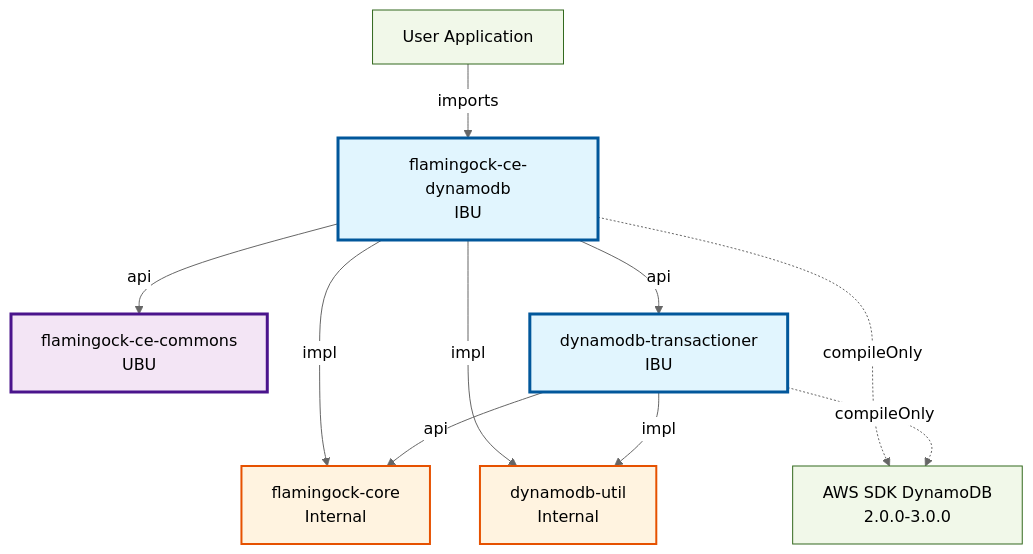
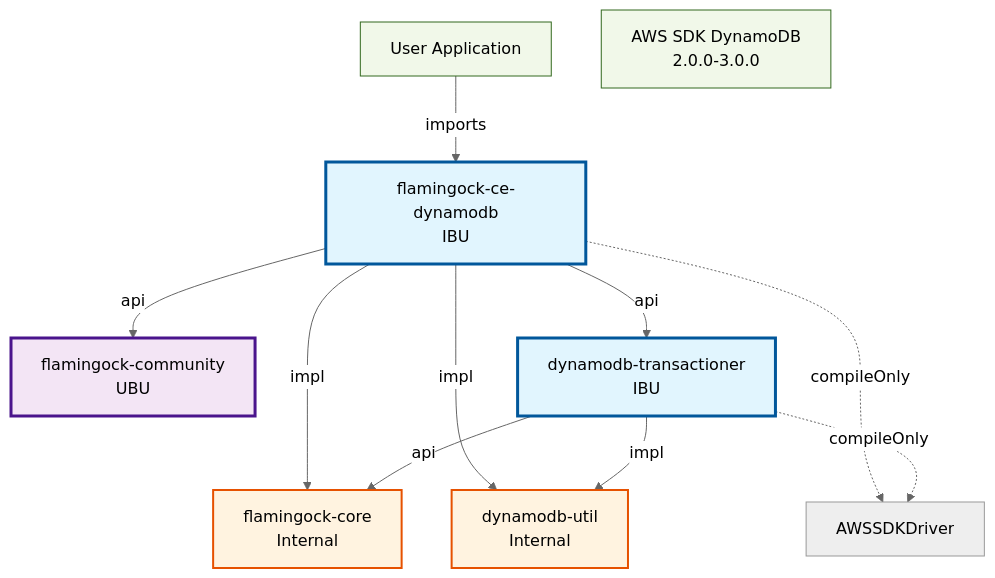
The fifth of 6 diagrams in docs/ARCHITECTURE_OVERVIEW.md (flamingock/flamingock-java), drawn with Mermaid (neutral theme) before and after one commit. The commit also changed other lines of this file and 71 other files, not shown here.

````diff
--- a/docs/ARCHITECTURE_OVERVIEW.md
+++ b/docs/ARCHITECTURE_OVERVIEW.md
@@ -355,26 +355,26 @@
 ```mermaid
 graph TB
     classDef ibu fill:#e1f5fe,stroke:#01579b,stroke-width:3px
     classDef ubu fill:#f3e5f5,stroke:#4a148c,stroke-width:3px
     classDef internal fill:#fff3e0,stroke:#e65100,stroke-width:2px
     classDef external fill:#f1f8e9,stroke:#33691e,stroke-width:1px
 
     User[User Application]:::external
     User -->|imports| flamingock-ce-dynamodb
     
     flamingock-ce-dynamodb[flamingock-ce-dynamodb<br/>IBU]:::ibu
-    flamingock-ce-commons[flamingock-ce-commons<br/>UBU]:::ubu
+    flamingock-community[flamingock-community<br/>UBU]:::ubu
     dynamodb-transactioner[dynamodb-transactioner<br/>IBU]:::ibu
     flamingock-core[flamingock-core<br/>Internal]:::internal
     dynamodb-util[dynamodb-util<br/>Internal]:::internal
-    AWSSDKDriver[AWS SDK DynamoDB<br/>2.0.0-3.0.0]:::external
+    AWSSDKAuditStore[AWS SDK DynamoDB<br/>2.0.0-3.0.0]:::external
     
-    flamingock-ce-dynamodb -->|api| flamingock-ce-commons
+    flamingock-ce-dynamodb -->|api| flamingock-community
     flamingock-ce-dynamodb -->|api| dynamodb-transactioner
     flamingock-ce-dynamodb -->|impl| flamingock-core
     flamingock-ce-dynamodb -->|impl| dynamodb-util
     flamingock-ce-dynamodb -.->|compileOnly| AWSSDKDriver
     dynamodb-transactioner -->|api| flamingock-core
     dynamodb-transactioner -->|impl| dynamodb-util
     dynamodb-transactioner -.->|compileOnly| AWSSDKDriver
 ```
````
